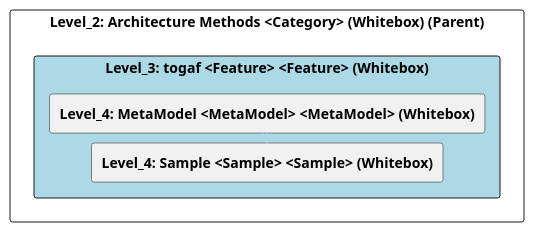
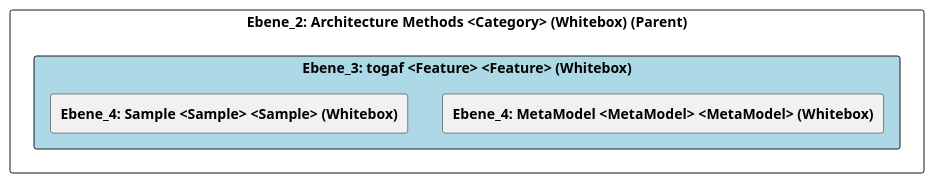
The diagram in doc/cleonproject_deliverables_architecture_model_architecture/adoc/de/05_bausteinsicht/cleon/architecture_methods/togaf/ebene_3_togaf.adoc (marcozwyssig/cleon), drawn with PlantUML before and after one commit. The commit also changed other lines of this file and 150 other files, not shown here.

```diff
--- a/doc/cleonproject_deliverables_architecture_model_architecture/adoc/de/05_bausteinsicht/cleon/architecture_methods/togaf/ebene_3_togaf.adoc
+++ b/doc/cleonproject_deliverables_architecture_model_architecture/adoc/de/05_bausteinsicht/cleon/architecture_methods/togaf/ebene_3_togaf.adoc
@@ -20,28 +20,25 @@
-[plantuml, Level_3: togaf <Feature> <Feature> (Whitebox)BlockOverview, format="svg"]
+[plantuml, Ebene_3: togaf <Feature> <Feature> (Whitebox)BlockOverview, format="svg"]
 ----
-@startuml Level_3: togaf <Feature> <Feature> (Whitebox)BuildingBlockOverview
+@startuml Ebene_3: togaf <Feature> <Feature> (Whitebox)BuildingBlockOverview
 
 skinparam ranksep 10
 skinparam componentStyle rectangle
 skinparam shadowing false
 skinparam arrowColor lightblue
 skinparam arrowThickness 1.2
 skinparam rectangle {
   BackgroundColor White
   BorderColor #333
   RoundCorner 10
 }
 top to bottom direction
 
-component "Level_2: Architecture Methods <Category> (Whitebox) (Parent)" {
-    component "Level_3: togaf <Feature> <Feature> (Whitebox)" #lightblue {
-        [**Level_4: MetaModel <MetaModel> <MetaModel> (Whitebox)**] as 4A56DE40_D579_11EE_903E_9F564E4DE07E
-        [**Level_4: Sample <Sample> <Sample> (Whitebox)**] as 4A57056B_D579_11EE_903E_9F564E4DE07E
+component "Ebene_2: Architecture Methods <Category> (Whitebox) (Parent)" {
+    component "Ebene_3: togaf <Feature> <Feature> (Whitebox)" #lightblue {
+        [**Ebene_4: MetaModel <MetaModel> <MetaModel> (Whitebox)**] as 4A56DE40_D579_11EE_903E_9F564E4DE07E
+        [**Ebene_4: Sample <Sample> <Sample> (Whitebox)**] as 4A57056B_D579_11EE_903E_9F564E4DE07E
     }
-
-    4A56DE40_D579_11EE_903E_9F564E4DE07E -down-> 4A57056B_D579_11EE_903E_9F564E4DE07E
-    
 }
 
 @enduml
 ----
```
